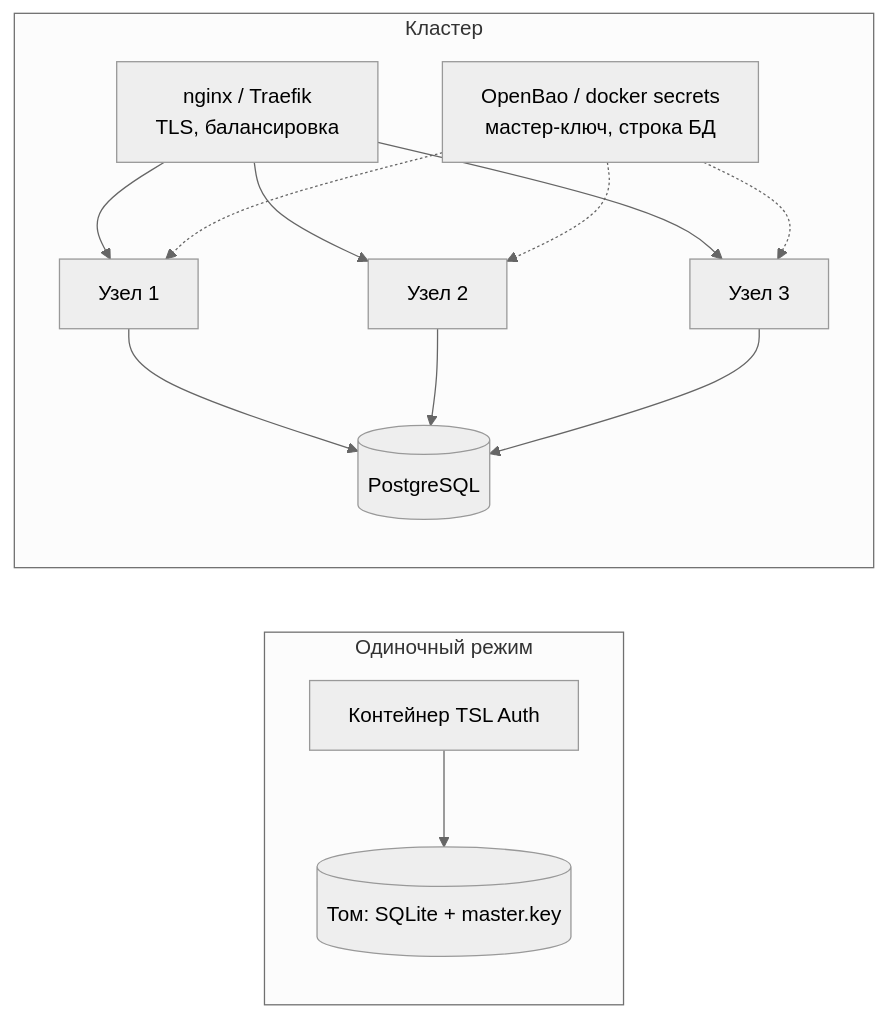
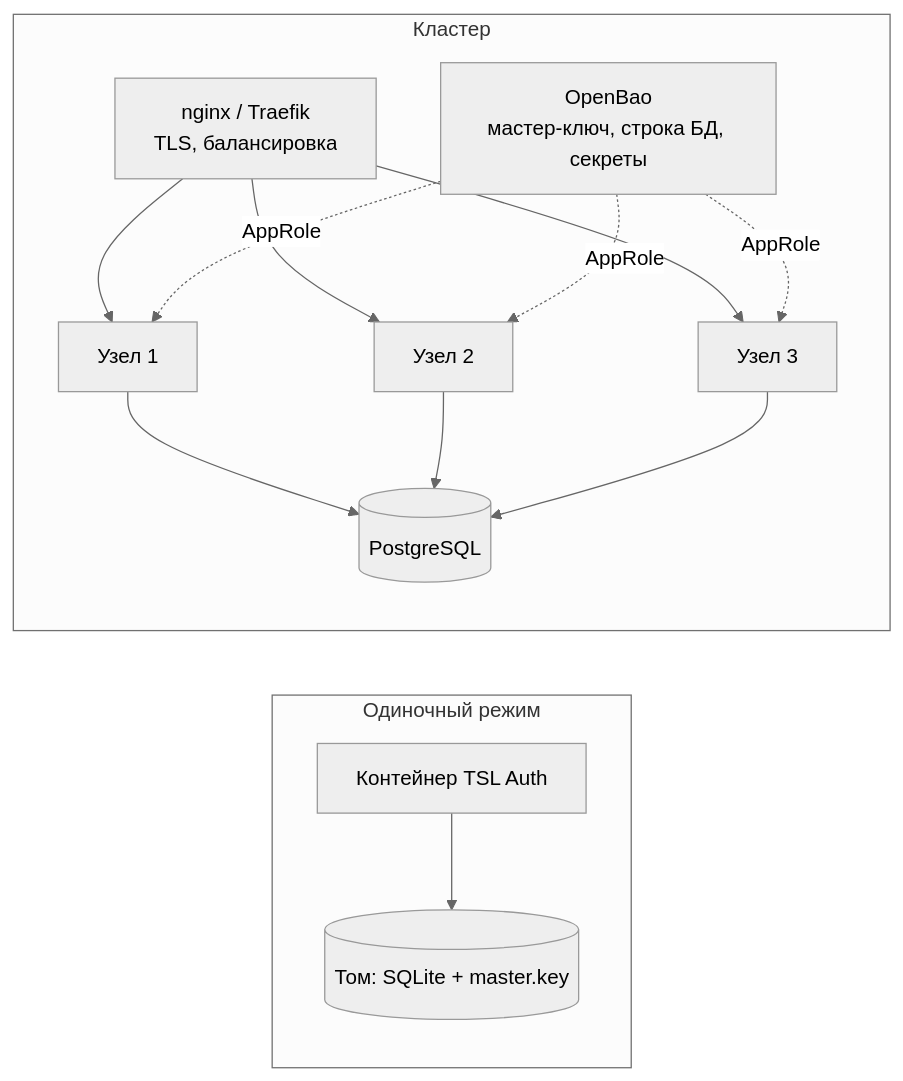
The ninth of 10 diagrams in docs/tz.md (akprof2000/tsl-auth), drawn with Mermaid (neutral theme) before and after one commit. The commit also changed other lines of this file and 36 other files, not shown here.

First line of the commit message:
OpenBao — единое хранилище секретов: TSL Auth и демо читают секреты по AppRole

````diff
--- a/docs/tz.md
+++ b/docs/tz.md
@@ -274,11 +275,11 @@
 ```mermaid
 flowchart LR
     subgraph Одиночный режим
         C1[Контейнер TSL Auth] --> V1[(Том: SQLite + master.key)]
     end
     subgraph Кластер
         LB[nginx / Traefik<br/>TLS, балансировка] --> N1[Узел 1] & N2[Узел 2] & N3[Узел 3]
         N1 & N2 & N3 --> PG[(PostgreSQL)]
-        SEC[OpenBao / docker secrets<br/>мастер-ключ, строка БД] -.-> N1 & N2 & N3
+        SEC[OpenBao<br/>мастер-ключ, строка БД, секреты] -. "AppRole" .-> N1 & N2 & N3
     end
 ```
````
